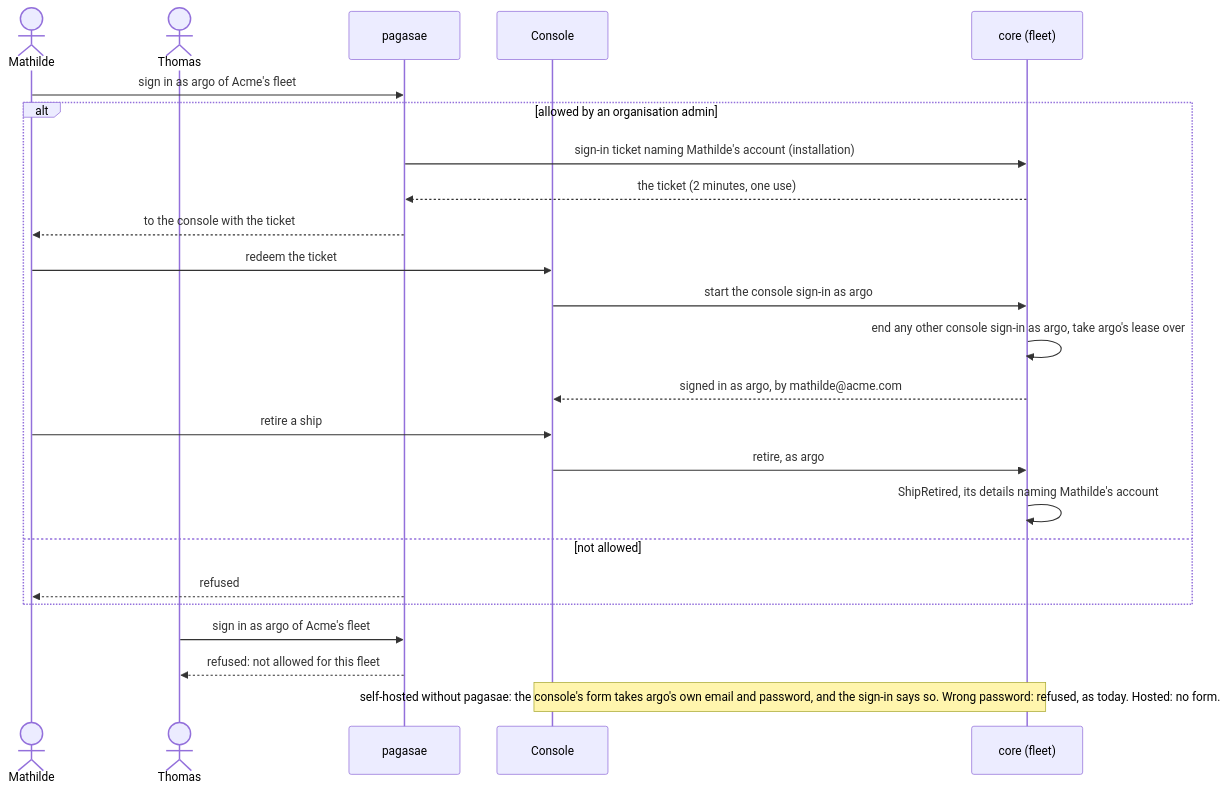
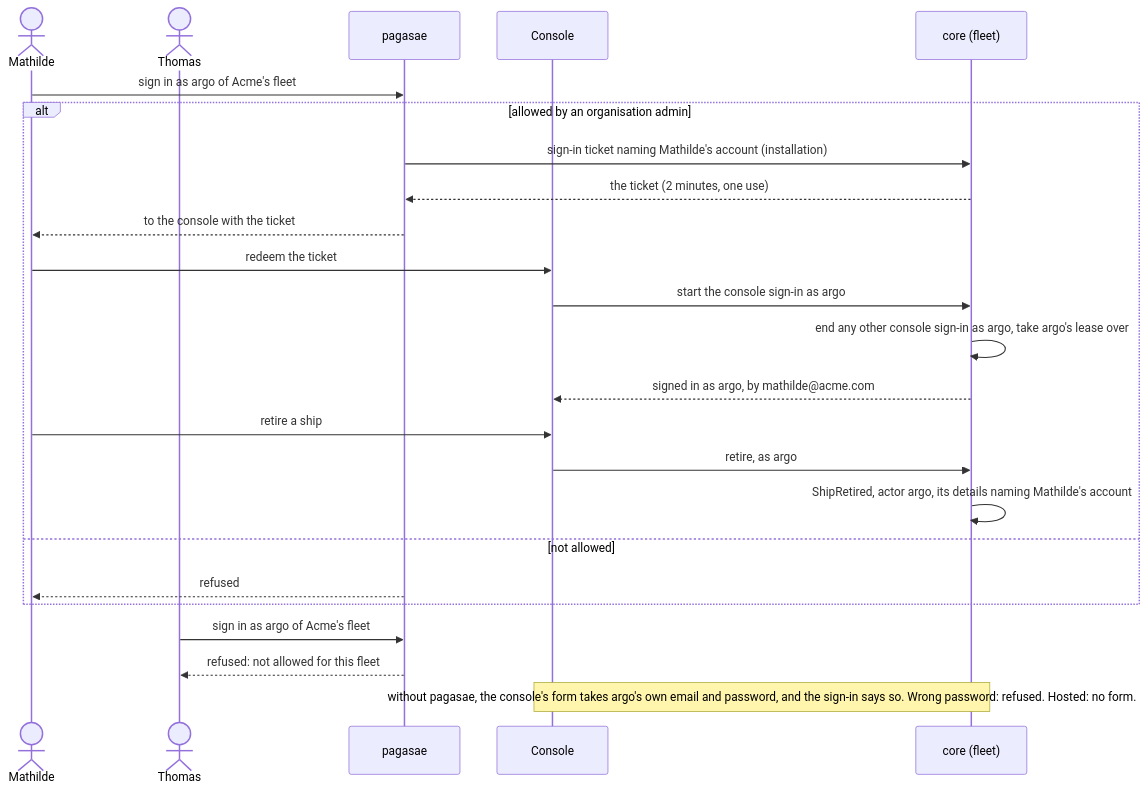
Before and after one commit to ThomasHendrickx/aeolus-fleet: the sixth of 11 diagrams in docs/design/accounts/phase-2/flows.md, drawn with Mermaid. The commit also changed other lines of this file, not shown here.

First line of the commit message:
docs(design): accounts phase 2 flows on the actor model, F11 the account token

````diff
--- a/docs/design/accounts/phase-2/flows.md
+++ b/docs/design/accounts/phase-2/flows.md
@@ -207,26 +212,26 @@
 ```mermaid
 sequenceDiagram
   actor M as Mathilde
   actor T as Thomas
   participant P as pagasae
   participant K as Console
   participant C as core (fleet)
   M->>P: sign in as argo of Acme's fleet
   alt allowed by an organisation admin
     P->>C: sign-in ticket naming Mathilde's account (installation)
     C-->>P: the ticket (2 minutes, one use)
     P-->>M: to the console with the ticket
     M->>K: redeem the ticket
     K->>C: start the console sign-in as argo
     C->>C: end any other console sign-in as argo, take argo's lease over
     C-->>K: signed in as argo, by mathilde@acme.com
     M->>K: retire a ship
     K->>C: retire, as argo
-    C->>C: ShipRetired, its details naming Mathilde's account
+    C->>C: ShipRetired, actor argo, its details naming Mathilde's account
   else not allowed
     P-->>M: refused
   end
   T->>P: sign in as argo of Acme's fleet
   P-->>T: refused: not allowed for this fleet
-  Note over K,C: self-hosted without pagasae: the console's form takes argo's own email and password, and the sign-in says so. Wrong password: refused, as today. Hosted: no form.
+  Note over K,C: without pagasae, the console's form takes argo's own email and password, and the sign-in says so. Wrong password: refused. Hosted: no form.
 ```
````
